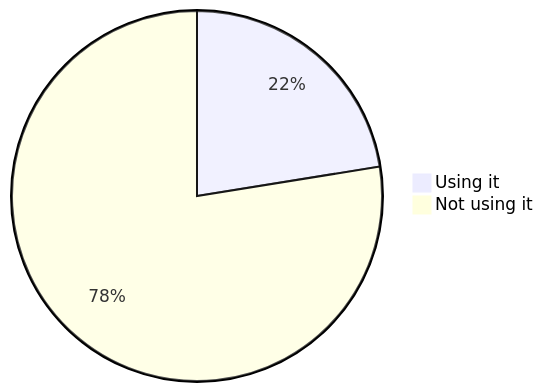
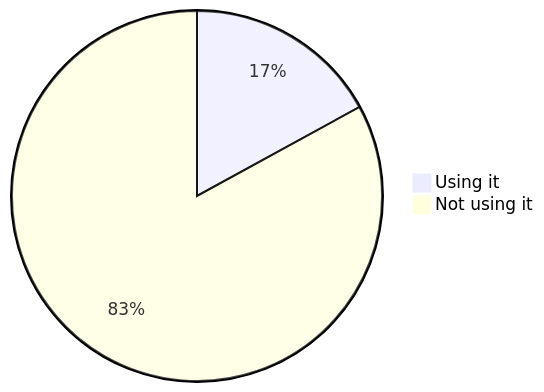
Diagram 18 of 22 in stats.md (oshp/oshp-stats), drawn with Mermaid before and after one commit. The commit also changed other lines of this file, not shown here.

````diff
--- a/stats.md
+++ b/stats.md
@@ -214,6 +214,6 @@
 ```mermaid
 pie
-	"Using it" : 22.46
-	"Not using it" : 77.54
+	"Using it" : 17.02
+	"Not using it" : 82.98
 
 ```
````
